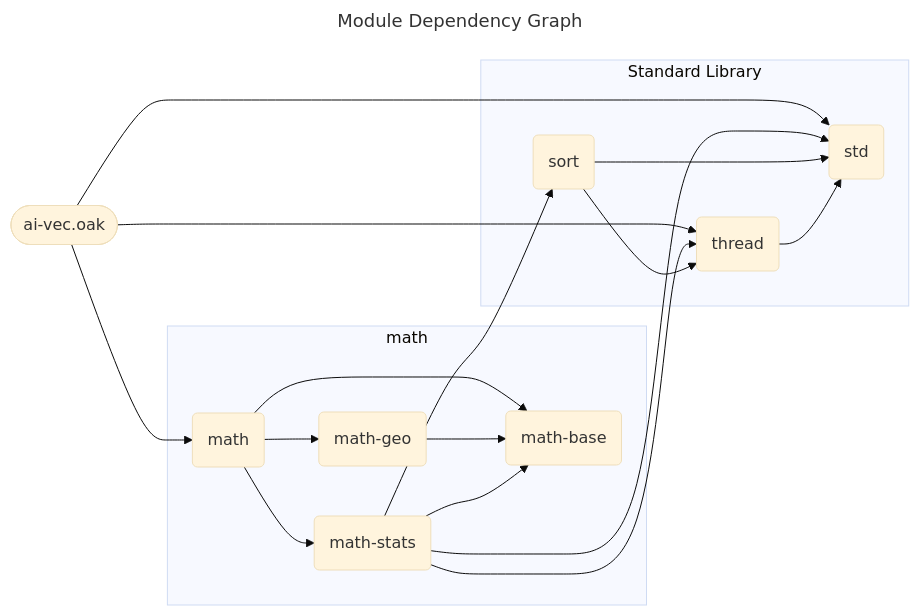
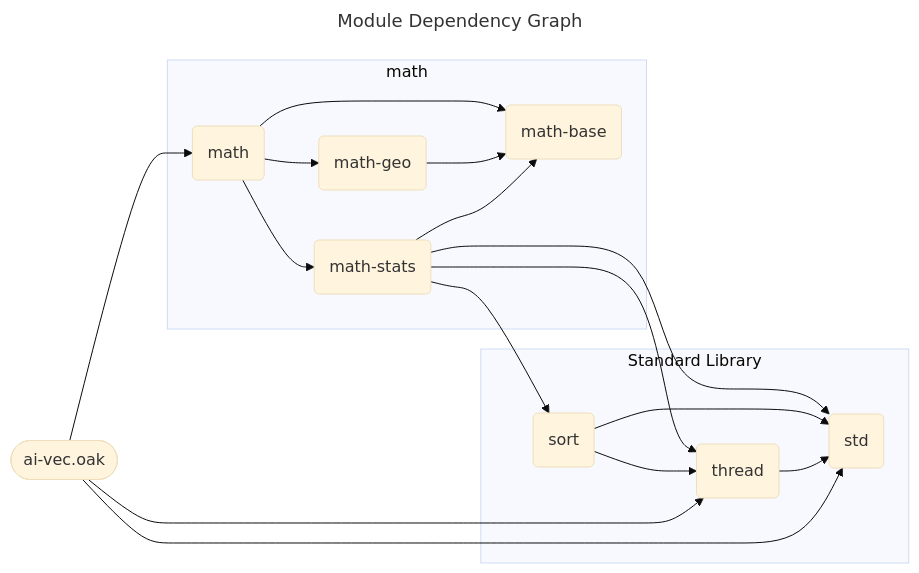
Before and after one commit to SpcFORK/magnolia: the diagram in docs/spec/ai-vec.mmd, drawn with Mermaid (base theme). The commit also changed other lines of this file and 156 other files, not shown here.

```diff
--- a/docs/spec/ai-vec.mmd
+++ b/docs/spec/ai-vec.mmd
@@ -1,30 +1,30 @@
 ---
 title: Module Dependency Graph
 ---
 flowchart LR
     lib_ai_vec_oak(["ai-vec.oak"])
     subgraph stdlib_math ["math"]
         math("math")
         math_base("math-base")
         math_geo("math-geo")
         math_stats("math-stats")
     end
     subgraph stdlib_core ["Standard Library"]
-        std("std")
         sort("sort")
         thread("thread")
+        std("std")
     end
-    lib_ai_vec_oak --> std
-    lib_ai_vec_oak --> math
-    lib_ai_vec_oak --> thread
     math --> math_base
     math --> math_geo
     math --> math_stats
     math_geo --> math_base
     math_stats --> std
     math_stats --> sort
     math_stats --> math_base
     math_stats --> thread
     sort --> std
     sort --> thread
     thread --> std
+    lib_ai_vec_oak --> std
+    lib_ai_vec_oak --> math
+    lib_ai_vec_oak --> thread
```
